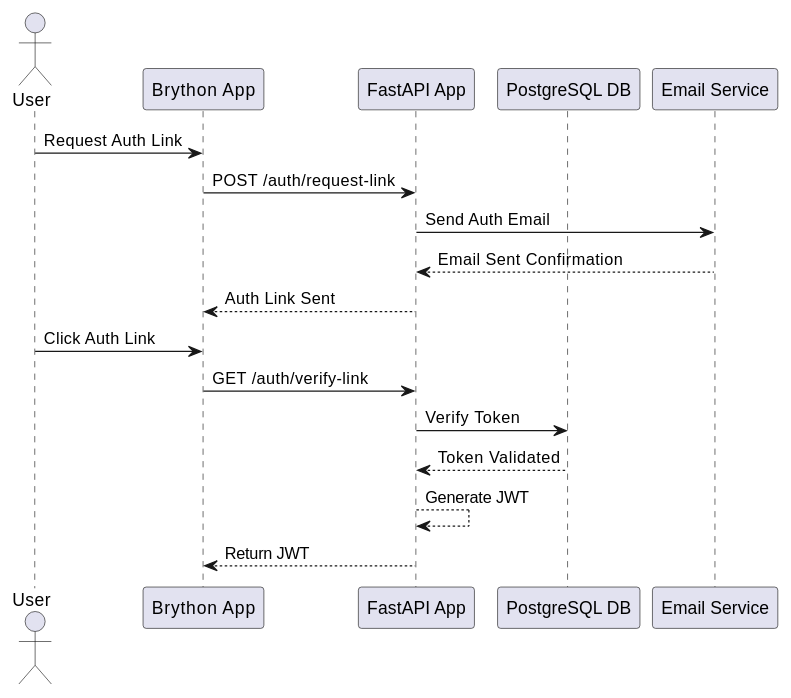
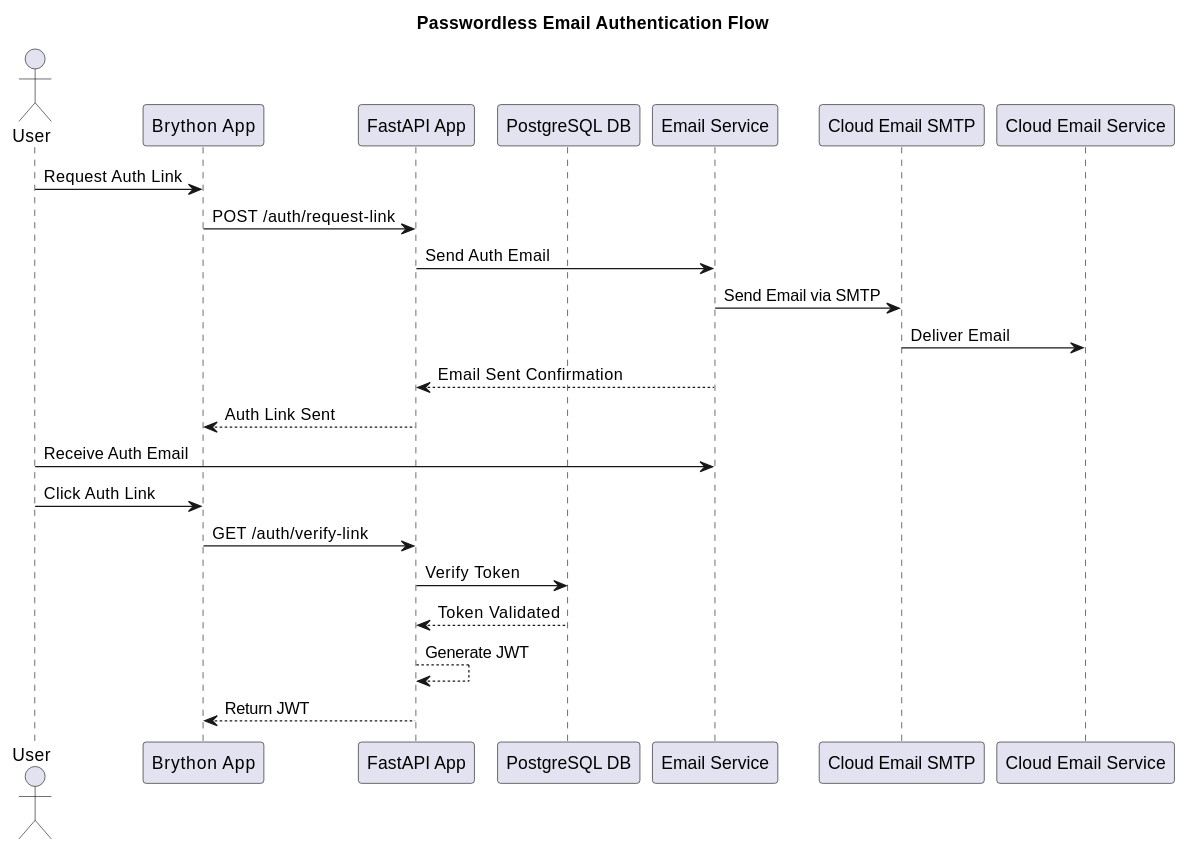
Before and after one commit to leshmark/gamegroup: the third of 4 diagrams in Game Group Site.md, drawn with PlantUML. The commit also changed other lines of this file and 16 other files, not shown here.

````diff
--- a/Game Group Site.md
+++ b/Game Group Site.md
@@ -90,20 +110,26 @@
 ```plantuml
 @startuml
+title Passwordless Email Authentication Flow
 actor User
 participant "Brython App" as Brython
 participant "FastAPI App" as FastAPI
 participant "PostgreSQL DB" as DB
 participant "Email Service" as EmailService
+participant "Cloud Email SMTP" as CloudEmailSMTP
+participant "Cloud Email Service" as CloudEmailService
 User -> Brython : Request Auth Link
 Brython -> FastAPI : POST /auth/request-link
 FastAPI -> EmailService : Send Auth Email
+EmailService -> CloudEmailSMTP : Send Email via SMTP
+CloudEmailSMTP -> CloudEmailService : Deliver Email
 EmailService --> FastAPI : Email Sent Confirmation
 FastAPI --> Brython : Auth Link Sent
+User -> EmailService : Receive Auth Email
 User -> Brython : Click Auth Link
 Brython -> FastAPI : GET /auth/verify-link
 FastAPI -> DB : Verify Token
 DB --> FastAPI : Token Validated
 FastAPI --> FastAPI : Generate JWT
 FastAPI --> Brython : Return JWT
 @enduml
 ```
````
